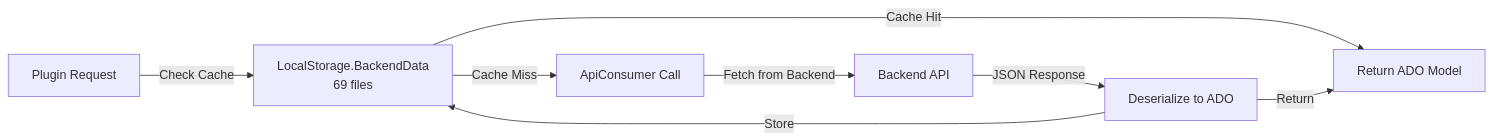
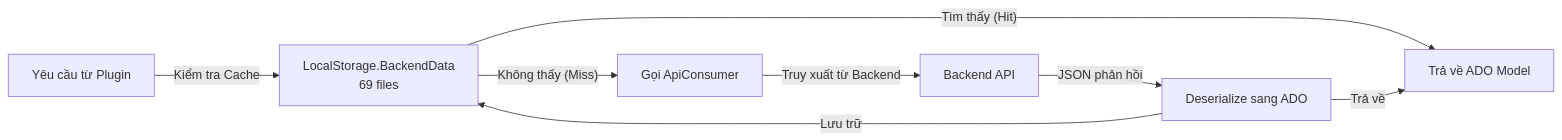
Before and after one commit to thangpnb/HIS: diagram 13 of 14 in docs/his-ba-documentation/04-integrations/helper-plugins.md, drawn with Mermaid. The commit also changed other lines of this file and 30 other files, not shown here.

Commit message:
Refactor architecture docs and update translations

````diff
--- a/docs/his-ba-documentation/04-integrations/helper-plugins.md
+++ b/docs/his-ba-documentation/04-integrations/helper-plugins.md
@@ -812,10 +807,10 @@
 ```mermaid
 graph LR
-    Plugin["Plugin Request"] -->|"Check Cache"| Cache["LocalStorage.BackendData<br/>69 files"]
-    Cache -->|"Cache Hit"| Return["Return ADO Model"]
-    Cache -->|"Cache Miss"| API["ApiConsumer Call"]
-    API -->|"Fetch from Backend"| Backend["Backend API"]
-    Backend -->|"JSON Response"| Deserialize["Deserialize to ADO"]
-    Deserialize -->|"Store"| Cache
-    Deserialize -->|"Return"| Return
+    Plugin["Yêu cầu từ Plugin"] -->|"Kiểm tra Cache"| Cache["LocalStorage.BackendData<br/>69 files"]
+    Cache -->|"Tìm thấy (Hit)"| Return["Trả về ADO Model"]
+    Cache -->|"Không thấy (Miss)"| API["Gọi ApiConsumer"]
+    API -->|"Truy xuất từ Backend"| Backend["Backend API"]
+    Backend -->|"JSON phản hồi"| Deserialize["Deserialize sang ADO"]
+    Deserialize -->|"Lưu trữ"| Cache
+    Deserialize -->|"Trả về"| Return
 ```
````
